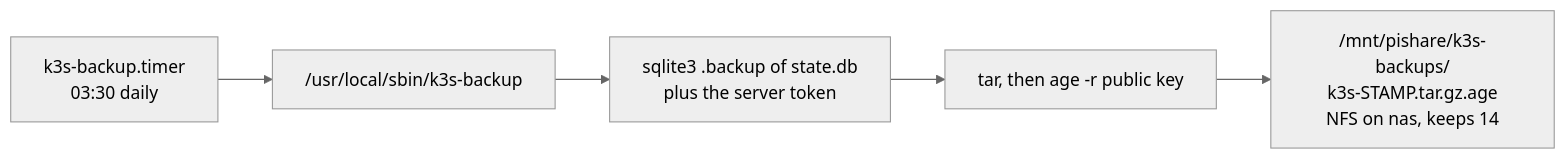
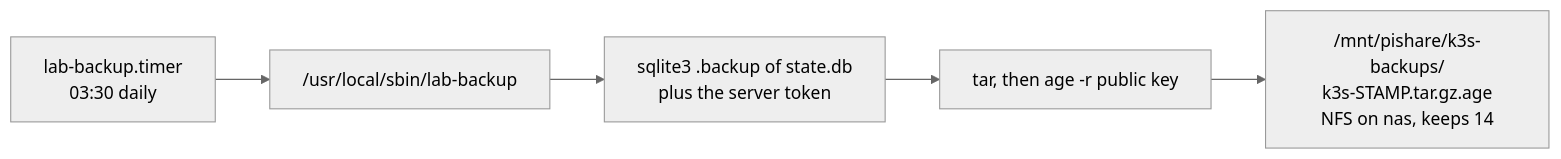
The eighth of 8 diagrams in docs/k3s.md (mackyruiz/homelab), drawn with Mermaid (neutral theme) before and after one commit. The commit also changed other lines of this file and 34 other files, not shown here.

````diff
--- a/docs/k3s.md
+++ b/docs/k3s.md
@@ -251,7 +253,7 @@
 ```mermaid
 flowchart LR
-    T["k3s-backup.timer<br/>03:30 daily"] --> S["/usr/local/sbin/k3s-backup"]
+    T["lab-backup.timer<br/>03:30 daily"] --> S["/usr/local/sbin/lab-backup"]
     S --> Q["sqlite3 .backup of state.db<br/>plus the server token"]
     Q --> X["tar, then age -r public key"]
     X --> N["/mnt/pishare/k3s-backups/<br/>k3s-STAMP.tar.gz.age<br/>NFS on nas, keeps 14"]
 ```
````
